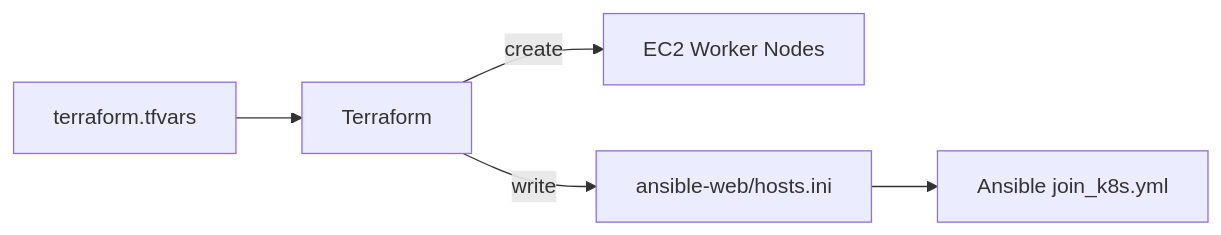
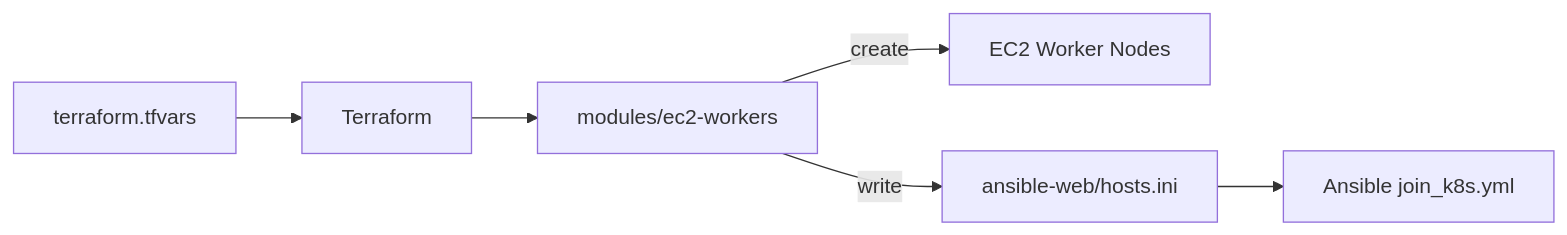
One commit to kien-devops/cicd-ecr-kube-ec2-gitaction changed the diagram in terraform/README.md. Above: the diagram before and after it, drawn with Mermaid. The commit also changed other lines of this file and 372 other files, not shown here.

````diff
--- a/terraform/README.md
+++ b/terraform/README.md
@@ -7,7 +23,8 @@
 ```mermaid
 flowchart LR
     TFVARS[terraform.tfvars] --> TF[Terraform]
-    TF -->|create| EC2[EC2 Worker Nodes]
-    TF -->|write| INV[ansible-web/hosts.ini]
+    TF --> MODULE[modules/ec2-workers]
+    MODULE -->|create| EC2[EC2 Worker Nodes]
+    MODULE -->|write| INV[ansible-web/hosts.ini]
     INV --> ANSIBLE[Ansible join_k8s.yml]
 ```
````
